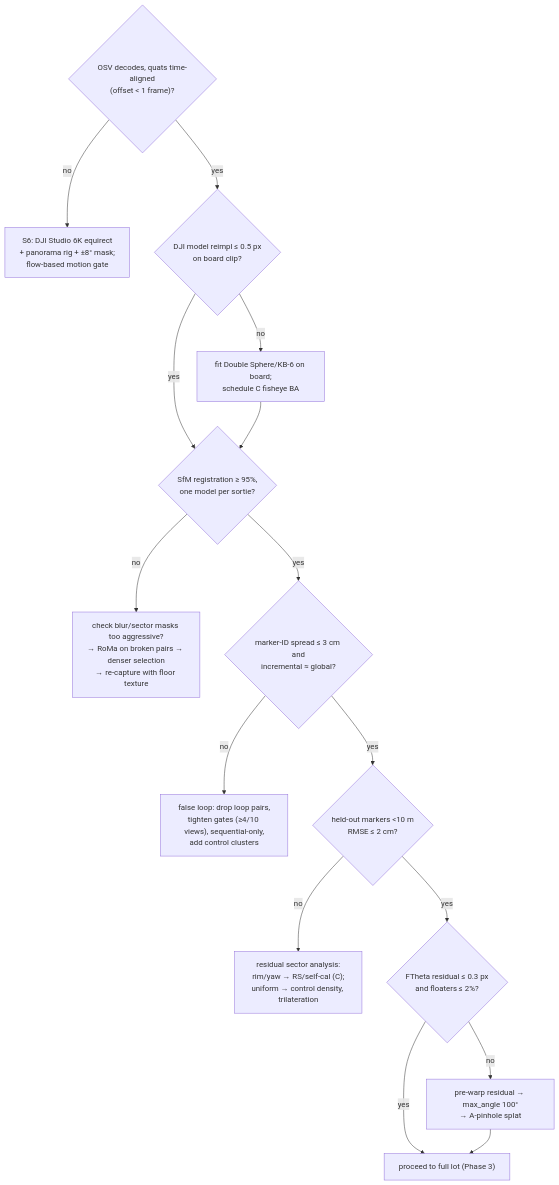
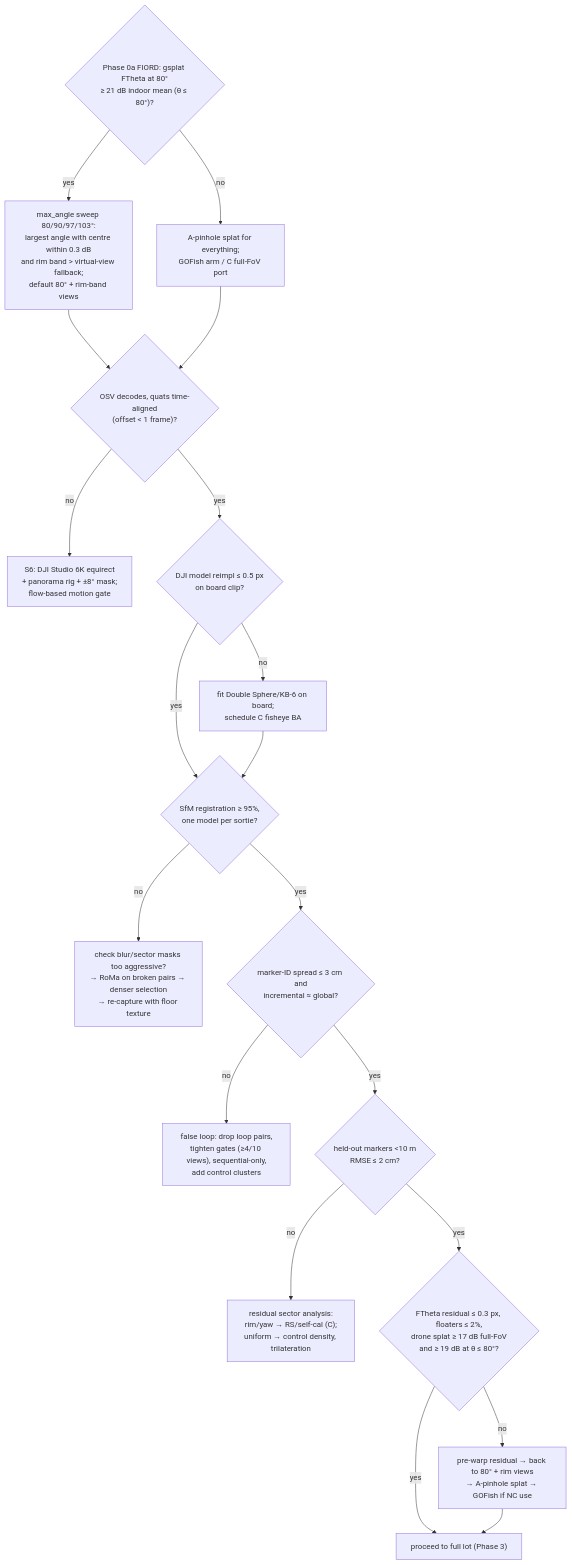
Before and after one commit to thelet/GeoFlight: the fourth of 4 diagrams in research/A4_system_design.md, drawn with Mermaid. The commit also changed other lines of this file, not shown here.

First line of the commit message:
A4 patch: Gunes/GOFish, anchors, selection contract

````diff
--- a/research/A4_system_design.md
+++ b/research/A4_system_design.md
@@ -388,17 +447,21 @@
 ```mermaid
 flowchart TD
+  P0{"Phase 0a FIORD: gsplat FTheta at 80°<br/>≥ 21 dB indoor mean (θ ≤ 80°)?"} -- no --> P1["A-pinhole splat for everything;<br/>GOFish arm / C full-FoV port"]
+  P0 -- yes --> P2["max_angle sweep 80/90/97/103°:<br/>largest angle with centre within 0.3 dB<br/>and rim band > virtual-view fallback;<br/>default 80° + rim-band views"]
+  P2 --> A0
+  P1 --> A0
   A0{"OSV decodes, quats time-aligned<br/>(offset < 1 frame)?"} -- no --> F1["S6: DJI Studio 6K equirect<br/>+ panorama rig + ±8° mask;<br/>flow-based motion gate"]
   A0 -- yes --> A1{"DJI model reimpl ≤ 0.5 px<br/>on board clip?"}
   A1 -- no --> F2["fit Double Sphere/KB-6 on board;<br/>schedule C fisheye BA"]
   A1 -- yes --> A2{"SfM registration ≥ 95%,<br/>one model per sortie?"}
   F2 --> A2
   A2 -- no --> F3["check blur/sector masks too aggressive?<br/>→ RoMa on broken pairs → denser selection<br/>→ re-capture with floor texture"]
   A2 -- yes --> A3{"marker-ID spread ≤ 3 cm and<br/>incremental ≈ global?"}
   A3 -- no --> F4["false loop: drop loop pairs,<br/>tighten gates (≥4/10 views), sequential-only,<br/>add control clusters"]
   A3 -- yes --> A4{"held-out markers <10 m<br/>RMSE ≤ 2 cm?"}
   A4 -- no --> F5["residual sector analysis:<br/>rim/yaw → RS/self-cal (C);<br/>uniform → control density, trilateration"]
-  A4 -- yes --> A5{"FTheta residual ≤ 0.3 px<br/>and floaters ≤ 2%?"}
-  A5 -- no --> F6["pre-warp residual → max_angle 100°<br/>→ A-pinhole splat"]
+  A4 -- yes --> A5{"FTheta residual ≤ 0.3 px, floaters ≤ 2%,<br/>drone splat ≥ 17 dB full-FoV<br/>and ≥ 19 dB at θ ≤ 80°?"}
+  A5 -- no --> F6["pre-warp residual → back to 80° + rim views<br/>→ A-pinhole splat → GOFish if NC use"]
   A5 -- yes --> OK["proceed to full lot (Phase 3)"]
   F6 --> OK
 ```
````
